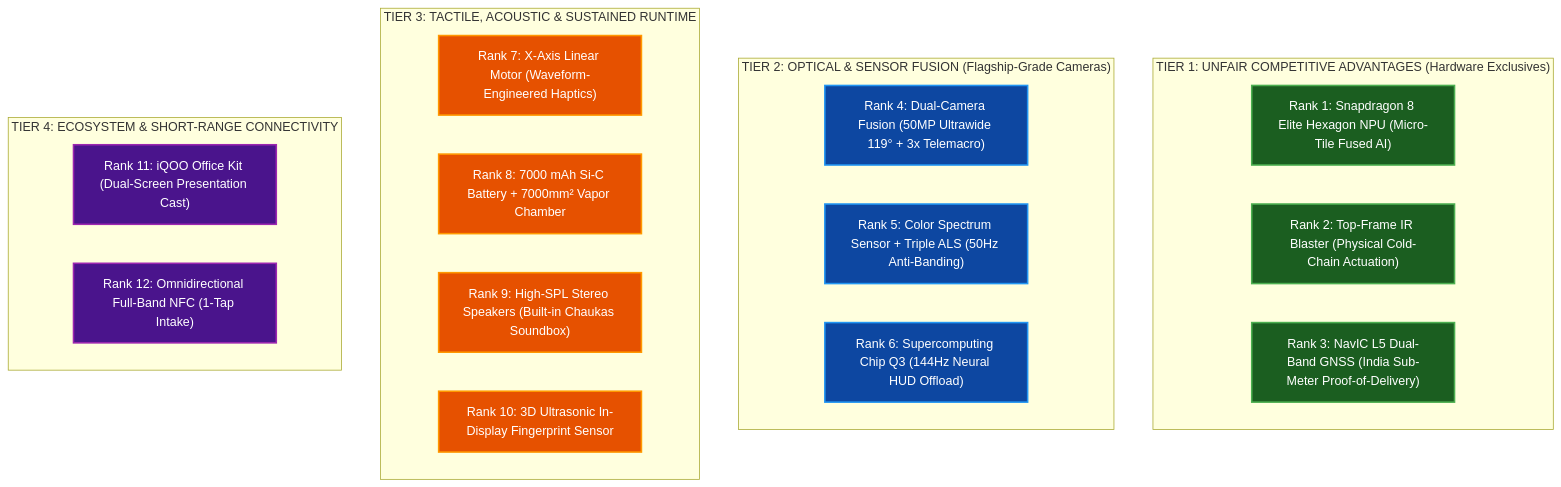
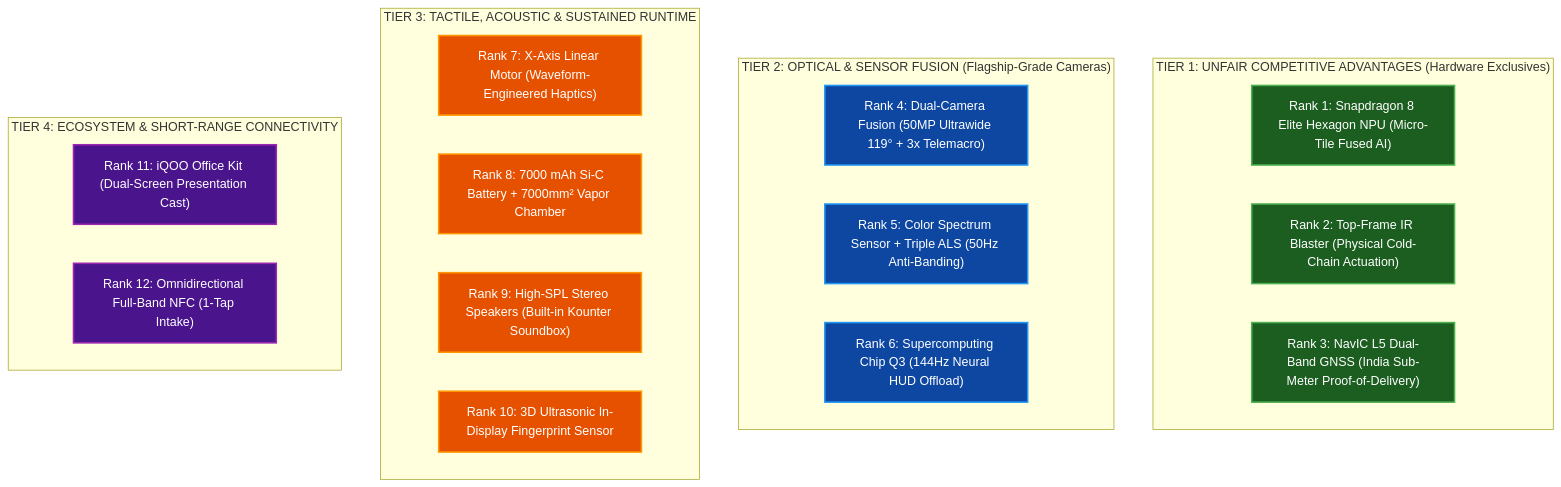
Before and after one commit to SanTiwari07/KiranaRakshak: the diagram in docs/01_pitch/feature.md, drawn with Mermaid. The commit also changed other lines of this file and 38 other files, not shown here.

````diff
--- a/docs/01_pitch/feature.md
+++ b/docs/01_pitch/feature.md
@@ -135,31 +135,31 @@
 ```mermaid
 graph TD
     classDef t1 fill:#1b5e20,stroke:#4caf50,stroke-width:2px,color:#fff;
     classDef t2 fill:#0d47a1,stroke:#2196f3,stroke-width:2px,color:#fff;
     classDef t3 fill:#e65100,stroke:#ff9800,stroke-width:2px,color:#fff;
     classDef t4 fill:#4a148c,stroke:#9c27b0,stroke-width:2px,color:#fff;
 
     subgraph TIER1["TIER 1: UNFAIR COMPETITIVE ADVANTAGES (Hardware Exclusives)"]
         F1["Rank 1: Snapdragon 8 Elite Hexagon NPU (Micro-Tile Fused AI)"]:::t1
         F2["Rank 2: Top-Frame IR Blaster (Physical Cold-Chain Actuation)"]:::t1
         F3["Rank 3: NavIC L5 Dual-Band GNSS (India Sub-Meter Proof-of-Delivery)"]:::t1
     end
 
     subgraph TIER2["TIER 2: OPTICAL & SENSOR FUSION (Flagship-Grade Cameras)"]
         F4["Rank 4: Dual-Camera Fusion (50MP Ultrawide 119° + 3x Telemacro)"]:::t2
         F5["Rank 5: Color Spectrum Sensor + Triple ALS (50Hz Anti-Banding)"]:::t2
         F6["Rank 6: Supercomputing Chip Q3 (144Hz Neural HUD Offload)"]:::t2
     end
 
     subgraph TIER3["TIER 3: TACTILE, ACOUSTIC & SUSTAINED RUNTIME"]
         F7["Rank 7: X-Axis Linear Motor (Waveform-Engineered Haptics)"]:::t3
         F8["Rank 8: 7000 mAh Si-C Battery + 7000mm² Vapor Chamber"]:::t3
-        F9["Rank 9: High-SPL Stereo Speakers (Built-in Chaukas Soundbox)"]:::t3
+        F9["Rank 9: High-SPL Stereo Speakers (Built-in Kounter Soundbox)"]:::t3
         F10["Rank 10: 3D Ultrasonic In-Display Fingerprint Sensor"]:::t3
     end
 
     subgraph TIER4["TIER 4: ECOSYSTEM & SHORT-RANGE CONNECTIVITY"]
         F11["Rank 11: iQOO Office Kit (Dual-Screen Presentation Cast)"]:::t4
         F12["Rank 12: Omnidirectional Full-Band NFC (1-Tap Intake)"]:::t4
     end
 ```
````
